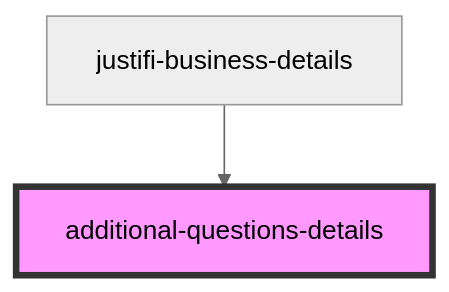
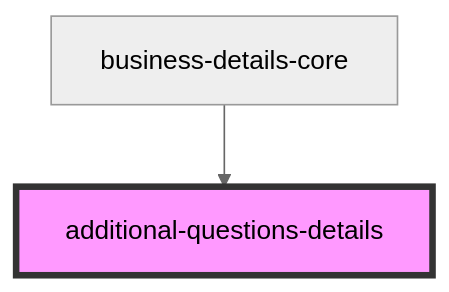
The diagram in packages/webcomponents/src/components/business-details/additional-questions-details/readme.md (justifi-tech/web-component-library), drawn with Mermaid (neutral theme) before and after one commit. The commit also changed other lines of this file and 32 other files, not shown here.

````diff
--- a/packages/webcomponents/src/components/business-details/additional-questions-details/readme.md
+++ b/packages/webcomponents/src/components/business-details/additional-questions-details/readme.md
@@ -22,5 +22,5 @@
 ```mermaid
 graph TD;
-  justifi-business-details --> additional-questions-details
+  business-details-core --> additional-questions-details
   style additional-questions-details fill:#f9f,stroke:#333,stroke-width:4px
 ```
````
